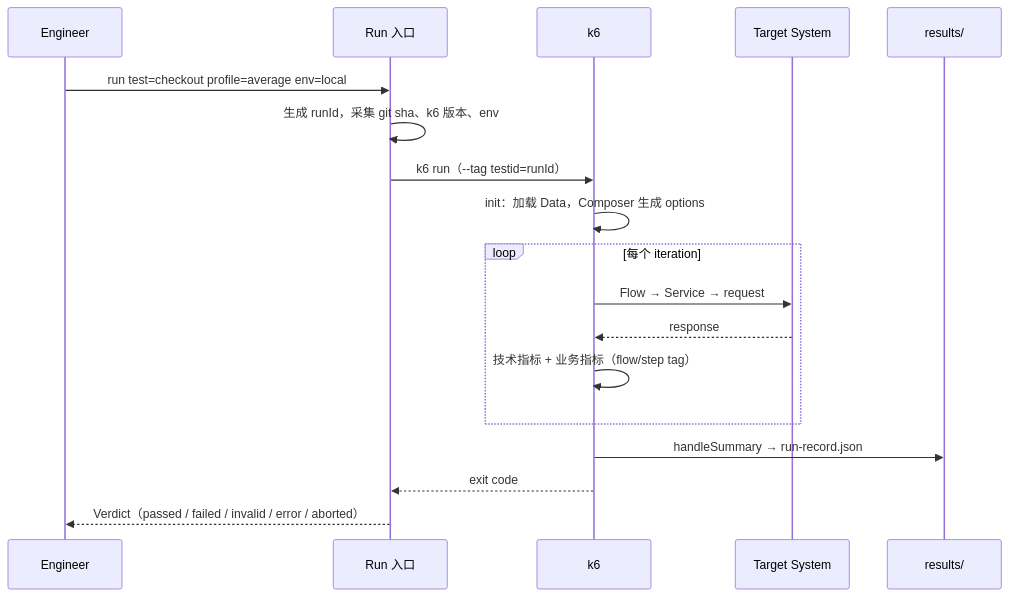
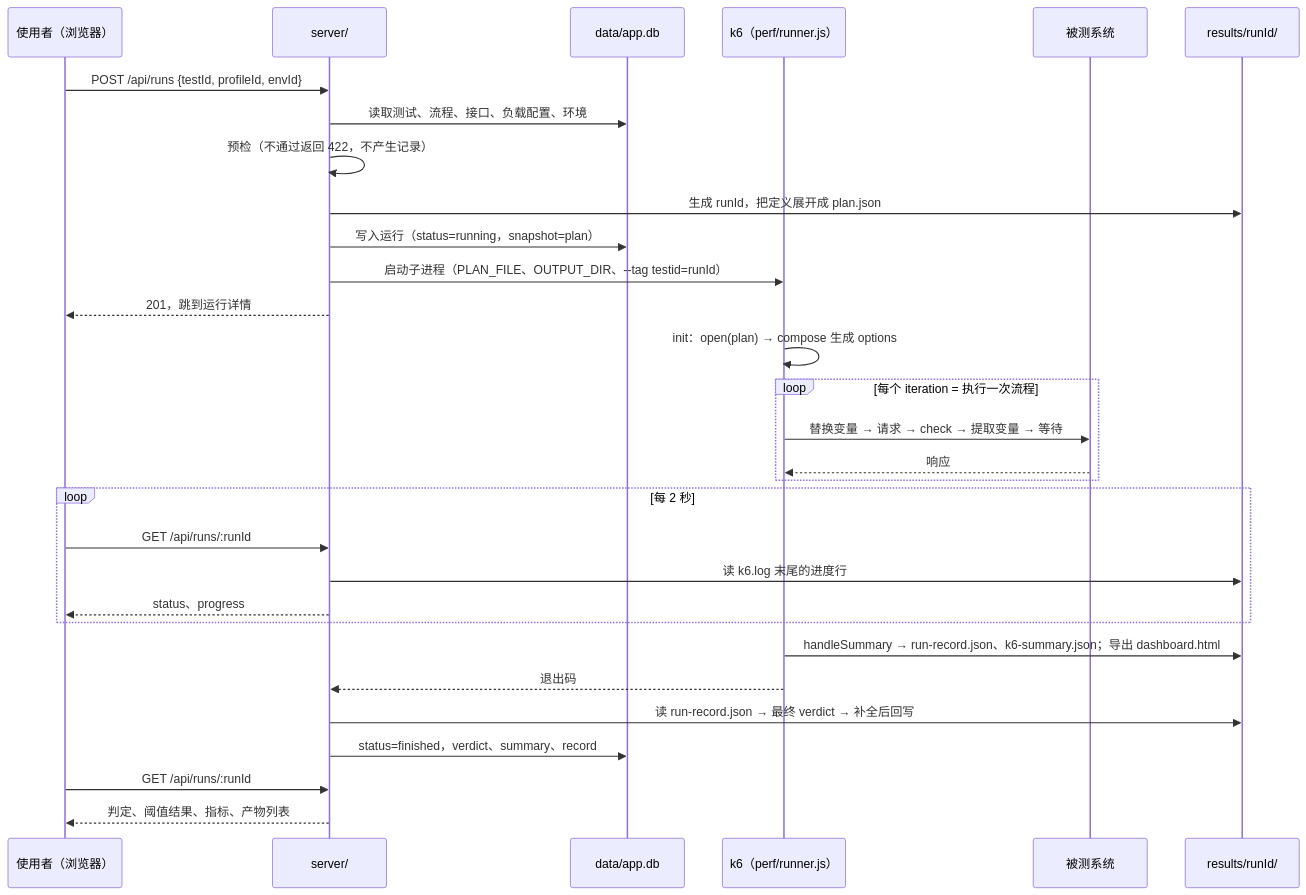
One commit to Leibiner/AI-Performance-Engineering changed the third of 8 diagrams in docs/ARCHITECTURE.md. Above: the diagram before and after it, drawn with Mermaid. The commit also changed other lines of this file and 11 other files, not shown here.

First line of the commit message:
docs: sync architecture docs with the MVP implementation

````diff
--- a/docs/ARCHITECTURE.md
+++ b/docs/ARCHITECTURE.md
@@ -169,20 +204,32 @@
 ```mermaid
 sequenceDiagram
-    participant U as Engineer
-    participant R as Run 入口
-    participant K as k6
-    participant S as Target System
-    participant F as results/
-    U->>R: run test=checkout profile=average env=local
-    R->>R: 生成 runId，采集 git sha、k6 版本、env
-    R->>K: k6 run（--tag testid=runId）
-    K->>K: init：加载 Data，Composer 生成 options
-    loop 每个 iteration
-        K->>S: Flow → Service → request
-        S-->>K: response
-        K->>K: 技术指标 + 业务指标（flow/step tag）
+    participant U as 使用者（浏览器）
+    participant S as server/
+    participant D as data/app.db
+    participant K as k6（perf/runner.js）
+    participant T as 被测系统
+    participant F as results/runId/
+    U->>S: POST /api/runs {testId, profileId, envId}
+    S->>D: 读取测试、流程、接口、负载配置、环境
+    S->>S: 预检（不通过返回 422，不产生记录）
+    S->>F: 生成 runId，把定义展开成 plan.json
+    S->>D: 写入运行（status=running，snapshot=plan）
+    S->>K: 启动子进程（PLAN_FILE、OUTPUT_DIR、--tag testid=runId）
+    S-->>U: 201，跳到运行详情
+    K->>K: init：open(plan) → compose 生成 options
+    loop 每个 iteration = 执行一次流程
+        K->>T: 替换变量 → 请求 → check → 提取变量 → 等待
+        T-->>K: 响应
     end
-    K->>F: handleSummary → run-record.json
-    K-->>R: exit code
-    R-->>U: Verdict（passed / failed / invalid / error / aborted）
+    loop 每 2 秒
+        U->>S: GET /api/runs/:runId
+        S->>F: 读 k6.log 末尾的进度行
+        S-->>U: status、progress
+    end
+    K->>F: handleSummary → run-record.json、k6-summary.json；导出 dashboard.html
+    K-->>S: 退出码
+    S->>F: 读 run-record.json → 最终 verdict → 补全后回写
+    S->>D: status=finished，verdict、summary、record
+    U->>S: GET /api/runs/:runId
+    S-->>U: 判定、阈值结果、指标、产物列表
 ```
````
